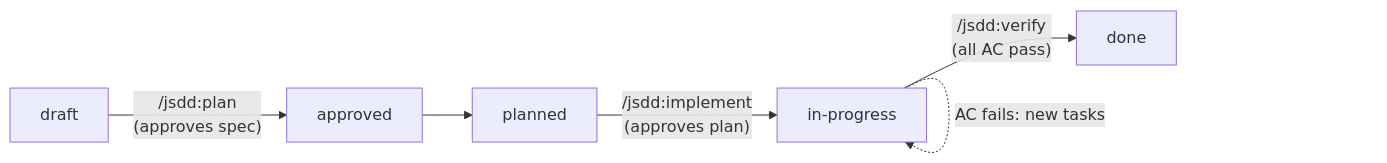
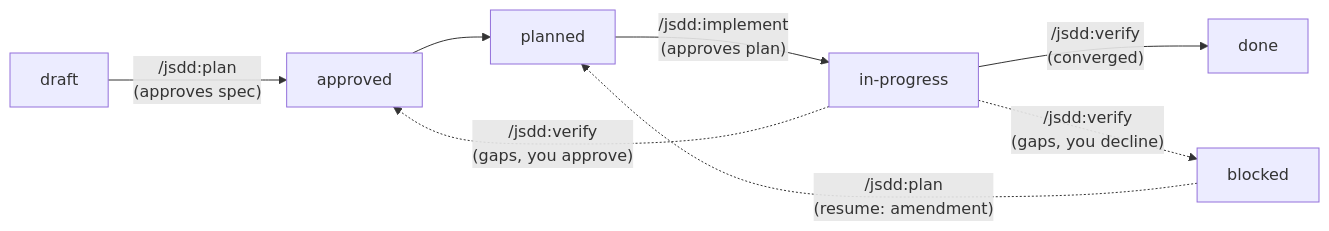
Before and after one commit to JoDi-27/JoDi-SDD: the second of 4 diagrams in starters/specs/README.md, drawn with Mermaid. The commit also changed other lines of this file and 12 other files, not shown here.

First line of the commit message:
[meta] Check code against the spec in verify, and plan gaps as amendments

````diff
--- a/starters/specs/README.md
+++ b/starters/specs/README.md
@@ -43,7 +43,9 @@
 ```mermaid
 flowchart LR
   draft -->|"/jsdd:plan<br/>(approves spec)"| approved --> planned
   planned -->|"/jsdd:implement<br/>(approves plan)"| inprogress[in-progress]
-  inprogress -->|"/jsdd:verify<br/>(all AC pass)"| done
-  inprogress -.->|AC fails: new tasks| inprogress
+  inprogress -->|"/jsdd:verify<br/>(converged)"| done
+  inprogress -.->|"/jsdd:verify<br/>(gaps, you approve)"| approved
+  inprogress -.->|"/jsdd:verify<br/>(gaps, you decline)"| blocked
+  blocked -.->|"/jsdd:plan<br/>(resume: amendment)"| planned
 ```
````
